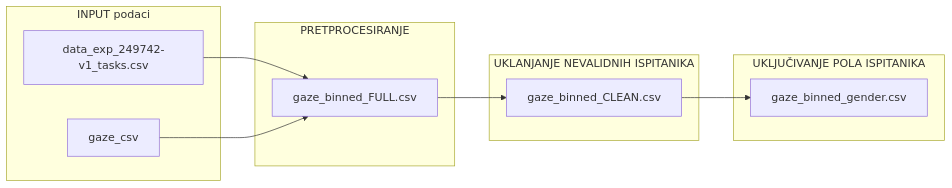
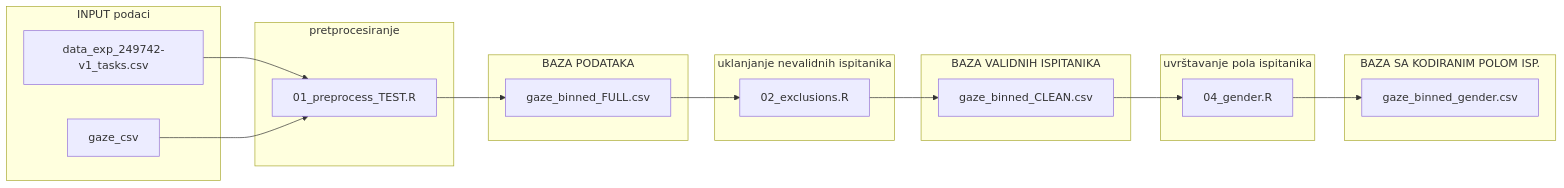
One commit to sara-barac/VWP-data-analysis changed the first of 2 diagrams in README.md. Above: the diagram before and after it, drawn with Mermaid. The commit also changed other lines of this file, not shown here.

````diff
--- a/README.md
+++ b/README.md
@@ -101,24 +113,37 @@
 ```mermaid
 flowchart LR
 
 subgraph INPUT podaci
 A[data_exp_249742-v1_tasks.csv]
 B[gaze_csv]
 end
 
-subgraph PRETPROCESIRANJE
-C[gaze_binned_FULL.csv]
+subgraph pretprocesiranje
+C[01_preprocess_TEST.R]
 end
 
-subgraph UKLANJANJE NEVALIDNIH ISPITANIKA
-D[gaze_binned_CLEAN.csv]
+subgraph BAZA PODATAKA
+D[gaze_binned_FULL.csv]
 end
 
-subgraph UKLJUČIVANJE POLA ISPITANIKA
-E[gaze_binned_gender.csv]
+subgraph uklanjanje nevalidnih ispitanika
+E[02_exclusions.R]
+end
+
+subgraph BAZA VALIDNIH ISPITANIKA
+F[gaze_binned_CLEAN.csv]
+end
+
+subgraph uvrštavanje pola ispitanika
+G[04_gender.R]
+end
+
+subgraph BAZA SA KODIRANIM POLOM ISP.
+H[gaze_binned_gender.csv]
 end
 
 A --> C
 B --> C
-C --> D --> E
+C --> D --> E --> F --> G --> H
+
 ```
````
